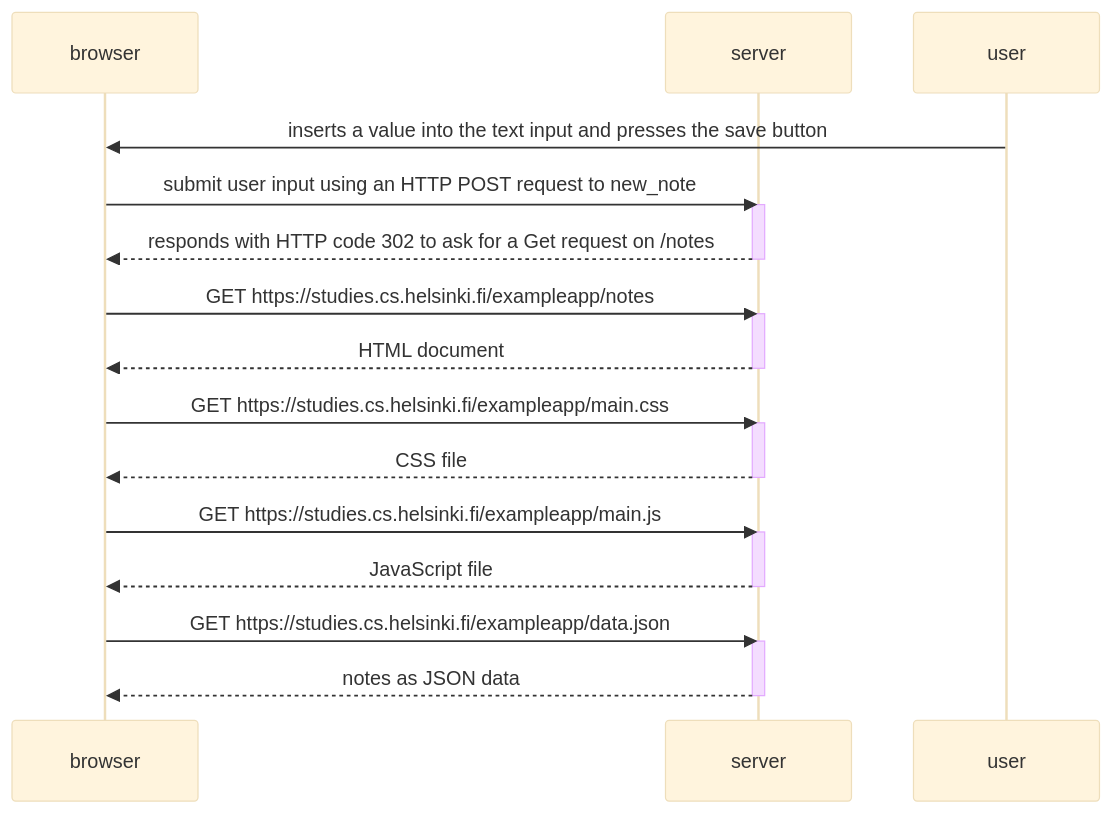
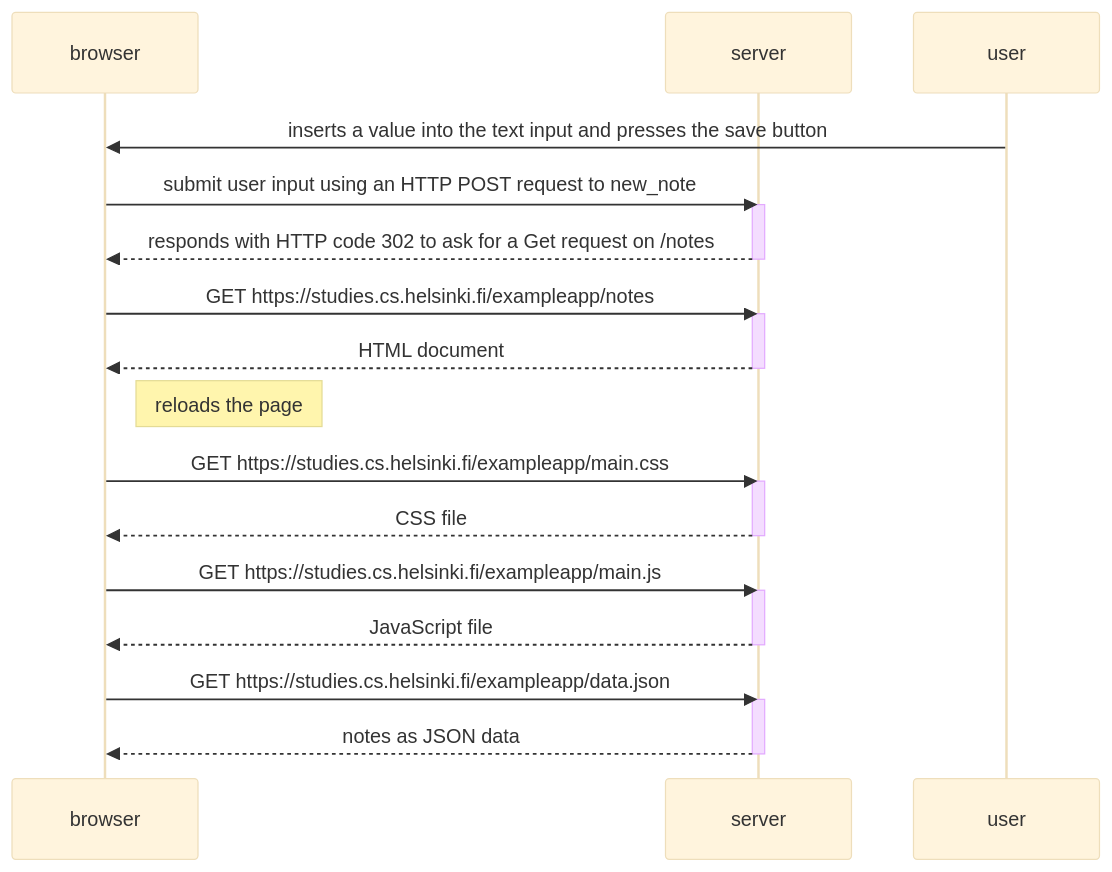
Before and after one commit to cedwig/fullStackOpen: the diagram in part0/04newNoteDiagram.md, drawn with Mermaid (base theme).

Commit message:
Add note that indicates a page reload happens

````diff
--- a/part0/04newNoteDiagram.md
+++ b/part0/04newNoteDiagram.md
@@ -1,29 +1,30 @@
 ```mermaid
 sequenceDiagram
     participant browser
     participant server
     participant user
 
     user->>browser: inserts a value into the text input and presses the save button
     browser->>server: submit user input using an HTTP POST request to new_note
     activate server
     server-->>browser: responds with HTTP code 302 to ask for a Get request on /notes
     deactivate server
     browser->>server: GET https://studies.cs.helsinki.fi/exampleapp/notes
     activate server
     server-->>browser: HTML document
     deactivate server
+    note right of browser: reloads the page
     browser->>server: GET https://studies.cs.helsinki.fi/exampleapp/main.css
     activate server
     server-->>browser: CSS file
     deactivate server
     browser->>server: GET https://studies.cs.helsinki.fi/exampleapp/main.js
     activate server
     server-->>browser: JavaScript file
     deactivate server
     browser->>server: GET https://studies.cs.helsinki.fi/exampleapp/data.json
     activate server
     server-->>browser: notes as JSON data
     deactivate server
 
 ```
````
